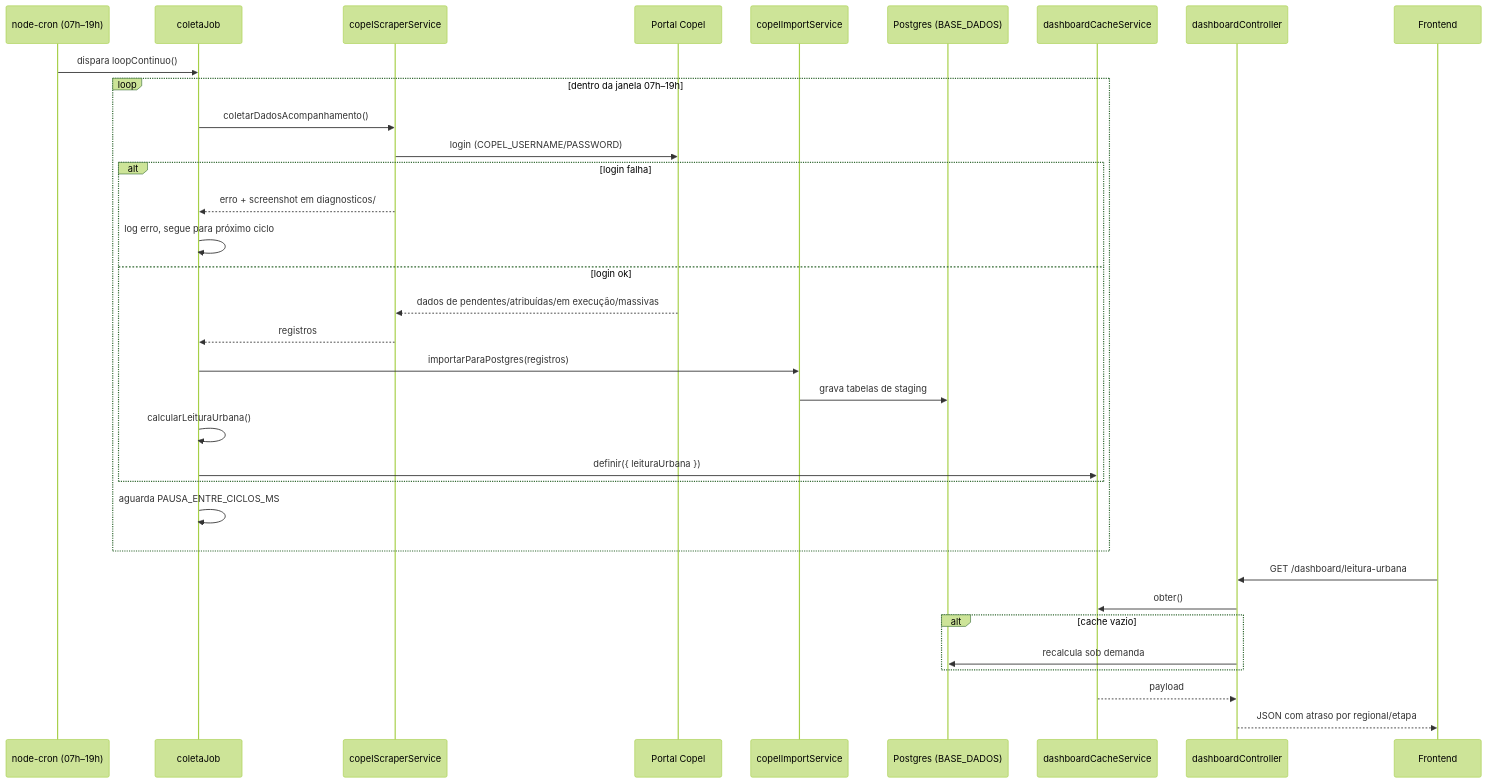
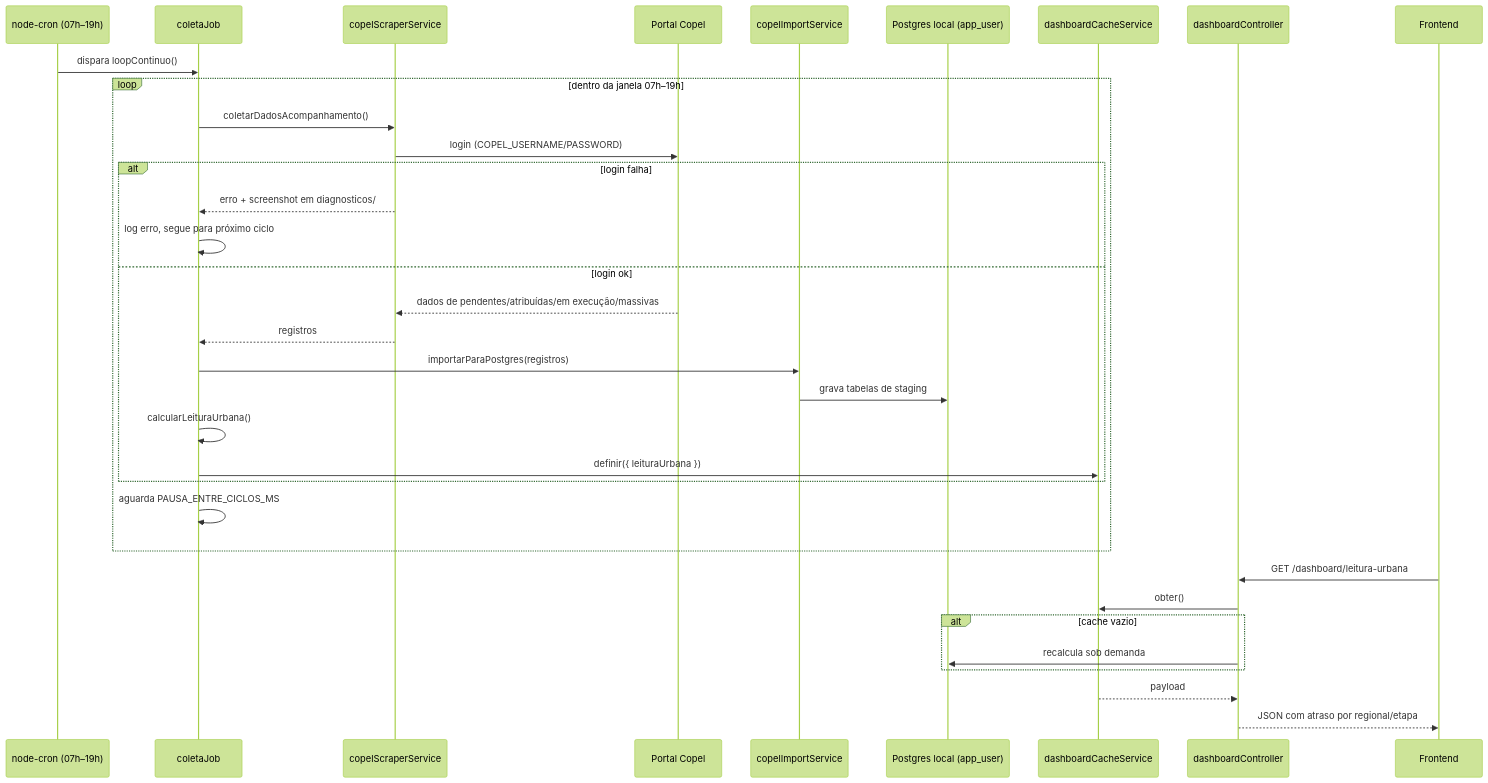
One commit to codexatechinfo/eye_of_god changed the second of 2 diagrams in docs/ARQUITETURA.md. Above: the diagram before and after it, drawn with Mermaid (forest theme). The commit also changed other lines of this file and 23 other files, not shown here.

First line of the commit message:
refactor(backend): remove Prisma, conecta direto no Postgres local via pg

````diff
--- a/docs/ARQUITETURA.md
+++ b/docs/ARQUITETURA.md
@@ -70,38 +73,38 @@
 ```mermaid
 sequenceDiagram
   participant Cron as node-cron (07h–19h)
   participant Job as coletaJob
   participant Scraper as copelScraperService
   participant Copel as Portal Copel
   participant Import as copelImportService
-  participant DB as Postgres (BASE_DADOS)
+  participant DB as Postgres local (app_user)
   participant Cache as dashboardCacheService
   participant API as dashboardController
   participant UI as Frontend
 
   Cron->>Job: dispara loopContinuo()
   loop dentro da janela 07h–19h
     Job->>Scraper: coletarDadosAcompanhamento()
     Scraper->>Copel: login (COPEL_USERNAME/PASSWORD)
     alt login falha
       Scraper-->>Job: erro + screenshot em diagnosticos/
       Job->>Job: log erro, segue para próximo ciclo
     else login ok
       Copel-->>Scraper: dados de pendentes/atribuídas/em execução/massivas
       Scraper-->>Job: registros
       Job->>Import: importarParaPostgres(registros)
       Import->>DB: grava tabelas de staging
       Job->>Job: calcularLeituraUrbana()
       Job->>Cache: definir({ leituraUrbana })
     end
     Job->>Job: aguarda PAUSA_ENTRE_CICLOS_MS
   end
 
   UI->>API: GET /dashboard/leitura-urbana
   API->>Cache: obter()
   alt cache vazio
     API->>DB: recalcula sob demanda
   end
   Cache-->>API: payload
   API-->>UI: JSON com atraso por regional/etapa
 ```
````
